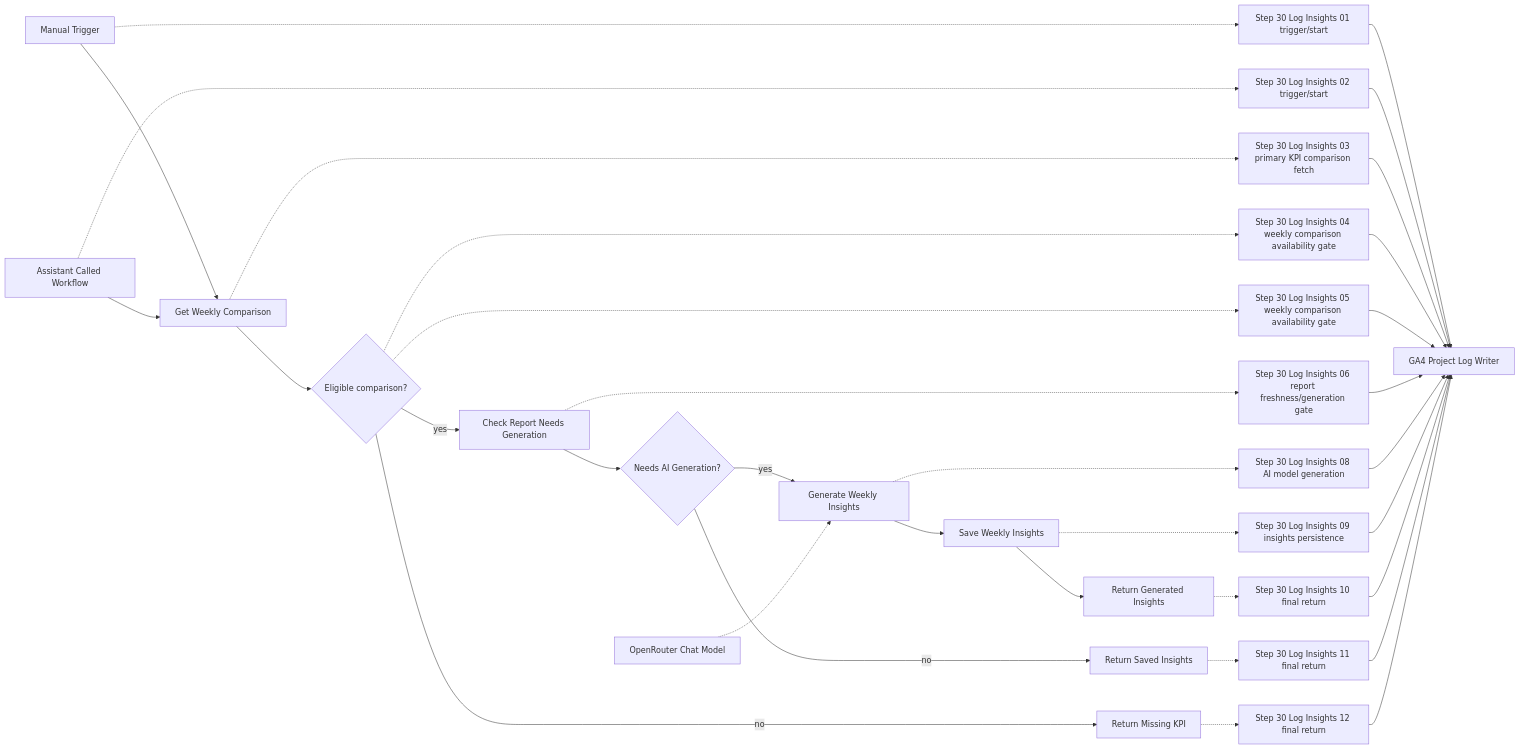
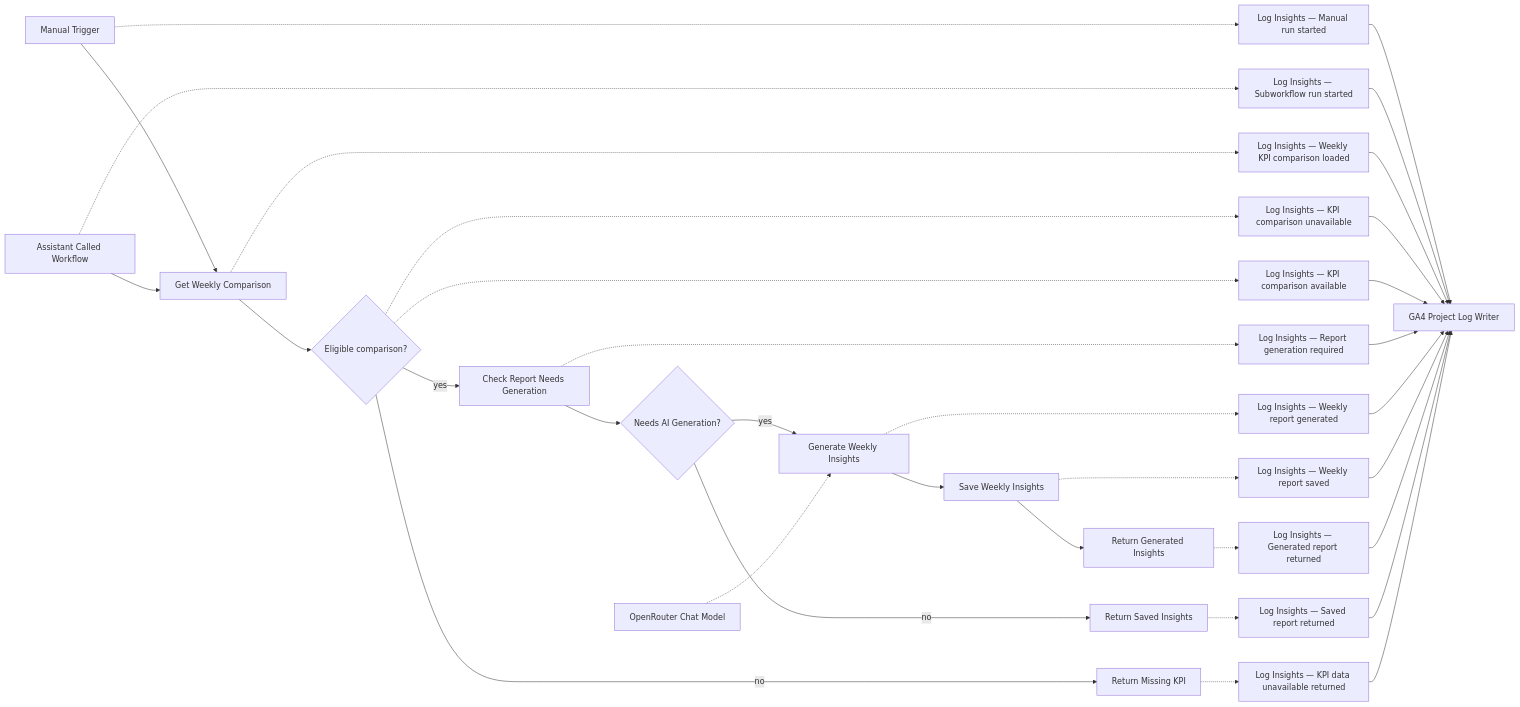
Before and after one commit to cizmeli/ga4-ai-analytics-automation: the diagram in workflows/docs/ga4-weekly-ai-insights.md, drawn with Mermaid. The commit also changed other lines of this file, not shown here.

Commit message:
Sync n8n workflow references in workflows/docs/ga4-weekly-ai-insights.md

```diff
--- a/workflows/docs/ga4-weekly-ai-insights.md
+++ b/workflows/docs/ga4-weekly-ai-insights.md
@@ -46,36 +59,36 @@
 ~~~mermaid
 flowchart LR
   M[Manual Trigger] --> Q[Get Weekly Comparison]
   C[Assistant Called Workflow] --> Q
-  Q -.-> L3[Step 30 Log Insights 03 primary KPI comparison fetch]
+  Q -.-> L3[Log Insights — Weekly KPI comparison loaded]
   Q --> F{Eligible comparison?}
   F -->|no| MK[Return Missing KPI]
-  F -.-> L4[Step 30 Log Insights 04 weekly comparison availability gate]
-  F -.-> L5[Step 30 Log Insights 05 weekly comparison availability gate]
+  F -.-> L4[Log Insights — KPI comparison unavailable]
+  F -.-> L5[Log Insights — KPI comparison available]
   F -->|yes| K[Check Report Needs Generation]
-  K -.-> L6[Step 30 Log Insights 06 report freshness/generation gate]
+  K -.-> L6[Log Insights — Report generation required]
   K --> B{Needs AI Generation?}
   B -->|yes| G[Generate Weekly Insights]
-  G -.-> L8[Step 30 Log Insights 08 AI model generation]
+  G -.-> L8[Log Insights — Weekly report generated]
   G --> S[Save Weekly Insights]
-  S -.-> L9[Step 30 Log Insights 09 insights persistence]
+  S -.-> L9[Log Insights — Weekly report saved]
   S --> R1[Return Generated Insights]
   B -->|no| R2[Return Saved Insights]
-  R1 -.-> L10[Step 30 Log Insights 10 final return]
-  R2 -.-> L11[Step 30 Log Insights 11 final return]
-  MK -.-> L12[Step 30 Log Insights 12 final return]
-  M -.-> L1[Step 30 Log Insights 01 trigger/start]
-  C -.-> L2[Step 30 Log Insights 02 trigger/start]
+  R1 -.-> L10[Log Insights — Generated report returned]
+  R2 -.-> L11[Log Insights — Saved report returned]
+  MK -.-> L12[Log Insights — KPI data unavailable returned]
+  M -.-> L1[Log Insights — Manual run started]
+  C -.-> L2[Log Insights — Subworkflow run started]
   L1 --> LOG[GA4 Project Log Writer]
   L2 --> LOG
   L3 --> LOG
   L4 --> LOG
   L5 --> LOG
   L6 --> LOG
   L8 --> LOG
   L9 --> LOG
   L10 --> LOG
   L11 --> LOG
   L12 --> LOG
   O[OpenRouter Chat Model] -.-> G
 ~~~
```
